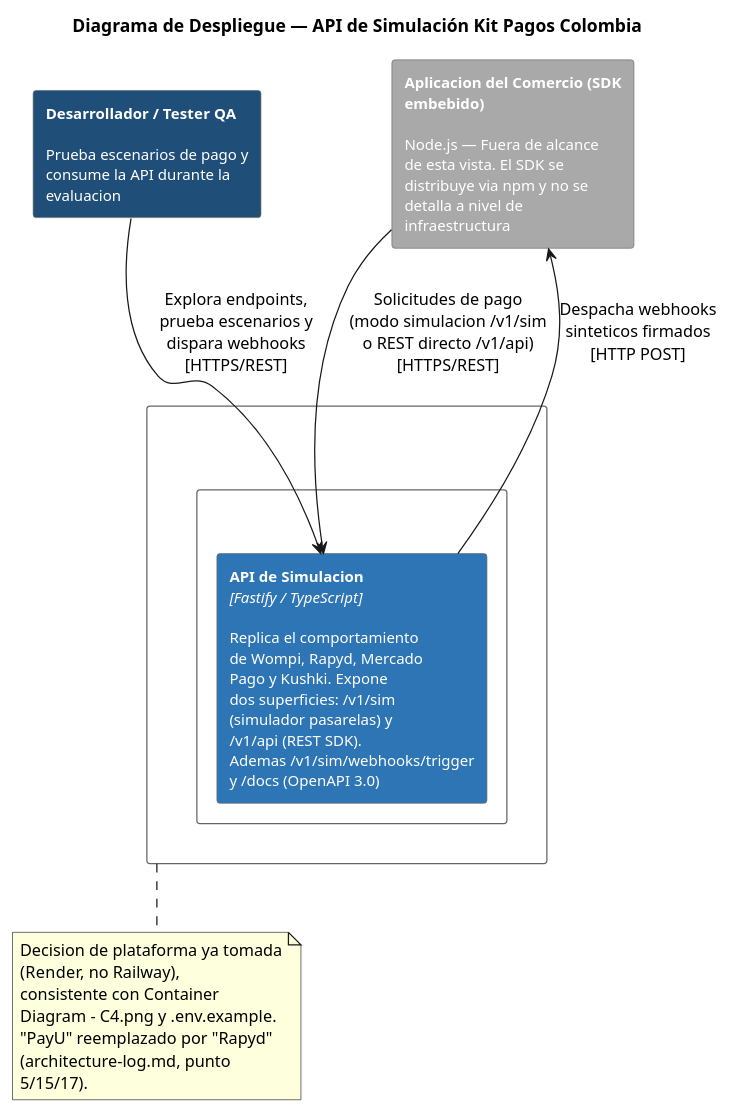
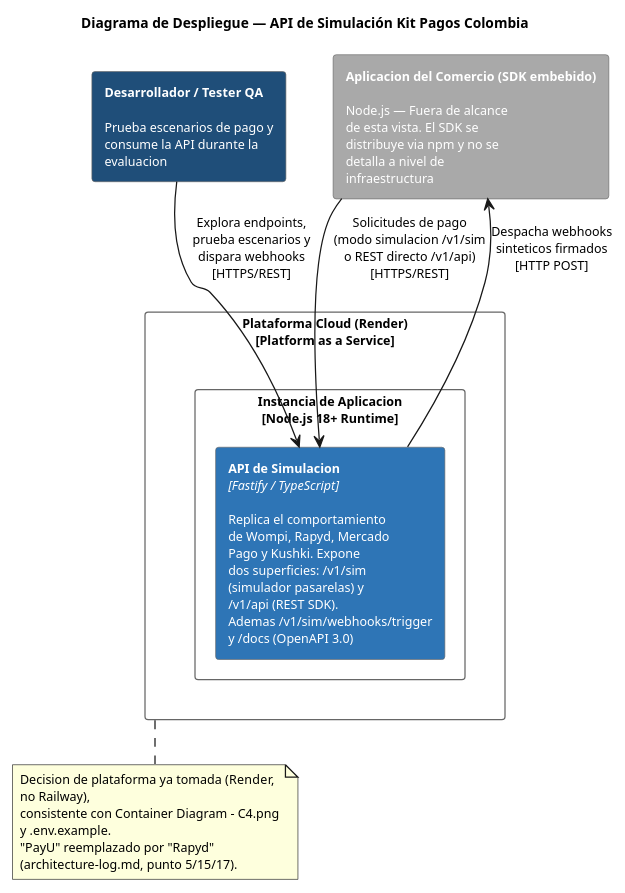
The diagram in docs/architecture/Simulador API/diagrams-source/deploy-diagram.puml (PurosBrothers/Kit-Pagos-Colombia---Tesis), drawn with PlantUML before and after one commit. The commit also changed 87 other files, not shown here.

```diff
--- a/docs/architecture/Simulador API/diagrams-source/deploy-diagram.puml
+++ b/docs/architecture/Simulador API/diagrams-source/deploy-diagram.puml
@@ -1,31 +1,38 @@
 @startuml Deploy Diagram - Simulador API
 title Diagrama de Despliegue — API de Simulación Kit Pagos Colombia
 skinparam backgroundColor white
-skinparam rectangleFontSize 12
+skinparam defaultFontName Helvetica
+skinparam defaultFontSize 10
+skinparam titleFontSize 11
+skinparam rectangleFontSize 10
+skinparam ArrowFontSize 10
+skinparam NoteFontSize 10
 skinparam wrapWidth 210
+skinparam nodesep 12
+skinparam ranksep 22
 skinparam rectangle {
   BorderColor #666666
   ArrowColor #666666
   FontColor white
 }
 
 rectangle "**Desarrollador / Tester QA**\n\nPrueba escenarios de pago y\nconsume la API durante la\nevaluacion" as Dev #1F4E79
 rectangle "**Aplicacion del Comercio (SDK embebido)**\n\nNode.js — Fuera de alcance\nde esta vista. El SDK se\ndistribuye via npm y no se\ndetalla a nivel de\ninfraestructura" as Comercio #A9A9A9
 
-rectangle "Plataforma Cloud (Render)\n[Platform as a Service]" as Cloud #FFFFFF {
-  rectangle "Instancia de Aplicacion\n[Node.js 18+ Runtime]" as Instance #FFFFFF {
+rectangle "Plataforma Cloud (Render)\n[Platform as a Service]" as Cloud #FFFFFF;text:black {
+  rectangle "Instancia de Aplicacion\n[Node.js 18+ Runtime]" as Instance #FFFFFF;text:black {
     rectangle "**API de Simulacion**\n<i>[Fastify / TypeScript]</i>\n\nReplica el comportamiento\nde Wompi, Rapyd, Mercado\nPago y Kushki. Expone\ndos superficies: /v1/sim\n(simulador pasarelas) y\n/v1/api (REST SDK).\nAdemas /v1/sim/webhooks/trigger\ny /docs (OpenAPI 3.0)" as API #2E75B6
   }
 }
 
 Dev --> API : Explora endpoints,\nprueba escenarios y\ndispara webhooks\n[HTTPS/REST]
 Comercio --> API : Solicitudes de pago\n(modo simulacion /v1/sim\no REST directo /v1/api)\n[HTTPS/REST]
 API --> Comercio : Despacha webhooks\nsinteticos firmados\n[HTTP POST]
 
 note bottom of Cloud
   Decision de plataforma ya tomada (Render, no Railway),
   consistente con Container Diagram - C4.png y .env.example.
   "PayU" reemplazado por "Rapyd" (architecture-log.md, punto 5/15/17).
 end note
 
 @enduml
```
